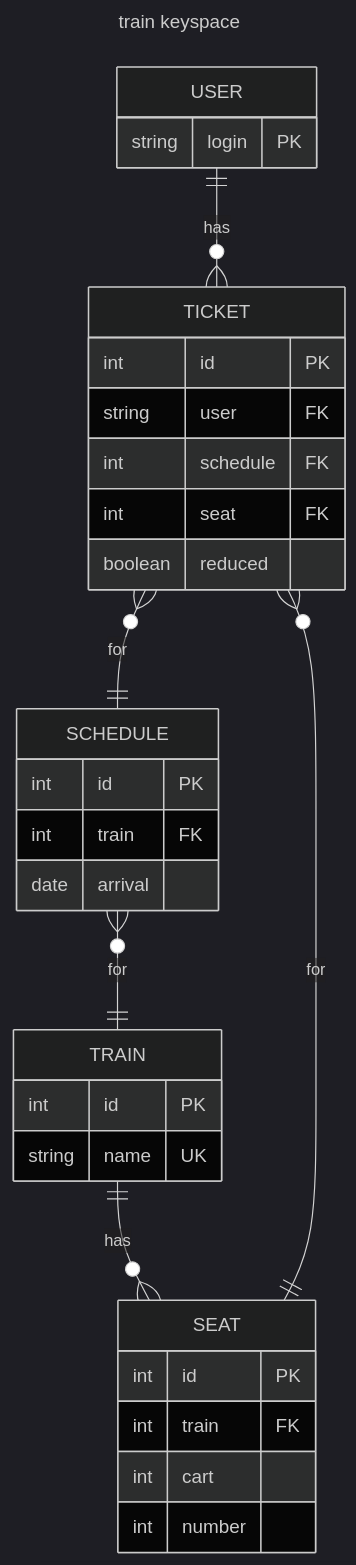
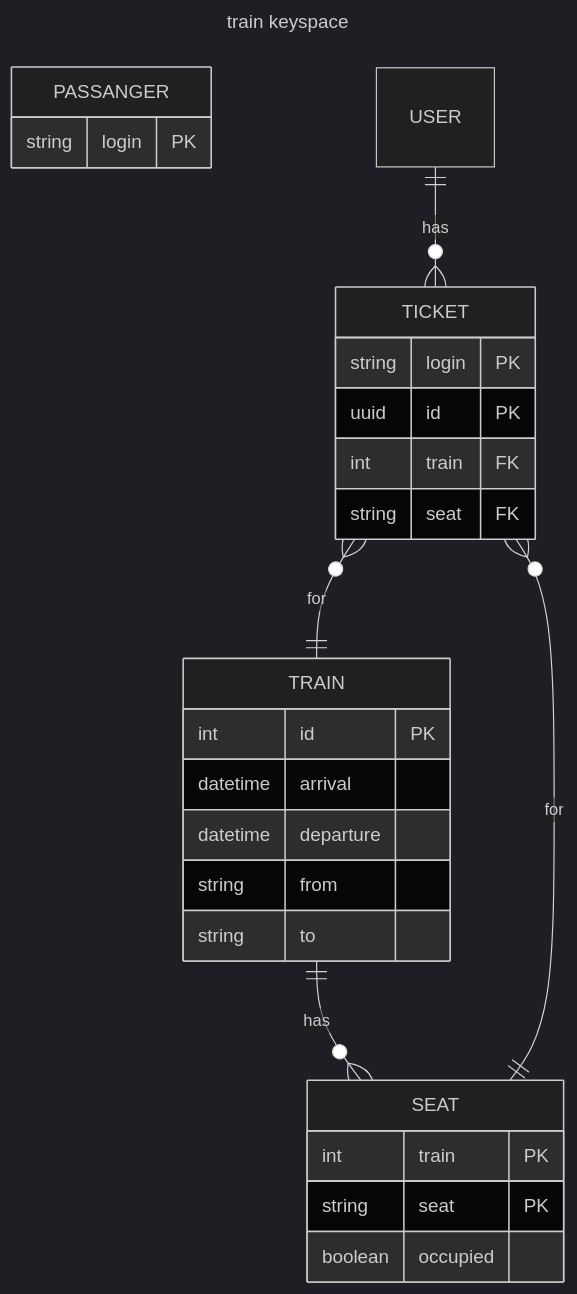
The diagram in README.md (Wojciechm-AdapptLimited/train-scheduler), drawn with Mermaid (dark theme) before and after one commit. The commit also changed other lines of this file, not shown here.

Commit message:
refactor: update README

````diff
--- a/README.md
+++ b/README.md
@@ -13,41 +13,35 @@
 ```mermaid
 ---
 title: train keyspace
 ---
 erDiagram
     TRAIN {
         int id PK
-        string name UK
+        datetime arrival
+        datetime departure
+        string from
+        string to
     }
 
     SEAT {
-        int id PK
-        int train FK
-        int cart
-        int number
+        int train PK
+        string seat PK
+        boolean occupied
     }
 
-    USER {
+    PASSANGER {
         string login PK
     }
 
-    SCHEDULE {
-        int id PK
+    TICKET {
+        string login PK
+        uuid id PK
         int train FK
-        date arrival
-    }
-
-    TICKET {
-        int id PK
-        string user FK
-        int schedule FK
-        int seat FK
-        boolean reduced
+        string seat FK
     }
 
     TRAIN ||--o{ SEAT : has
-    SCHEDULE }o--|| TRAIN : for
     TICKET }o--|| SEAT : for
-    TICKET }o--|| SCHEDULE : for
+    TICKET }o--|| TRAIN : for
     USER ||--o{ TICKET : has
 ```
````
